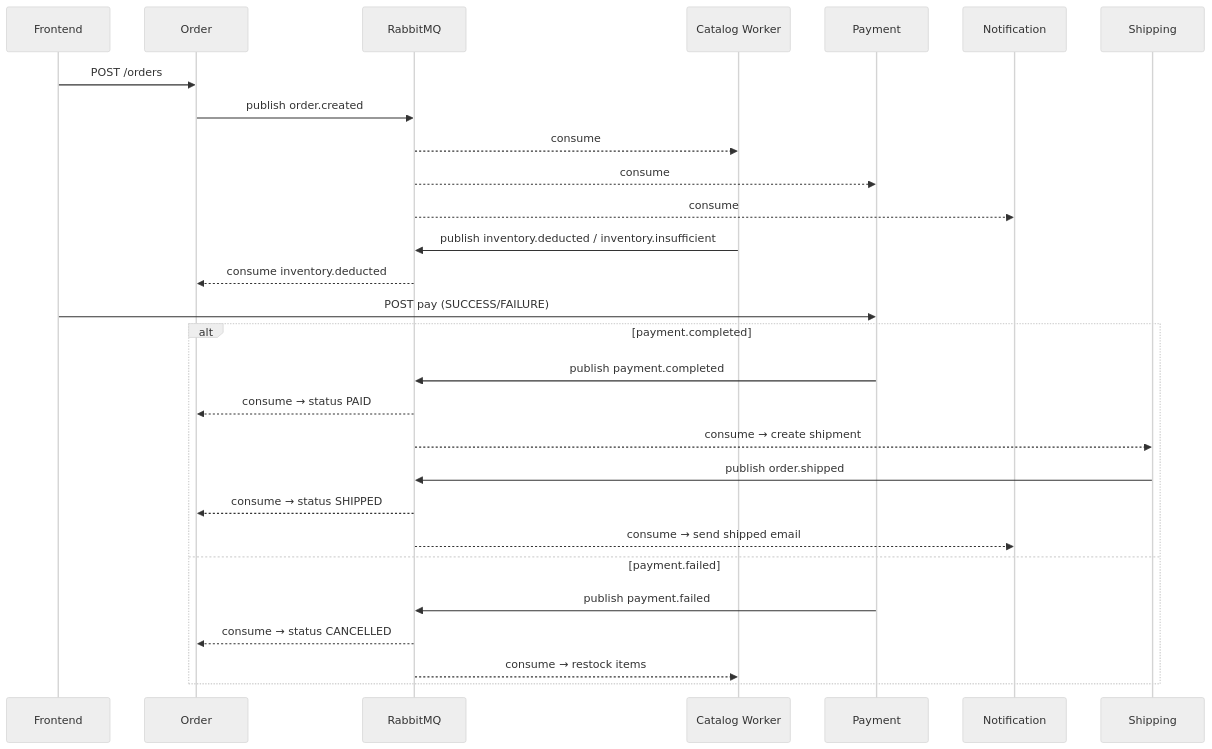
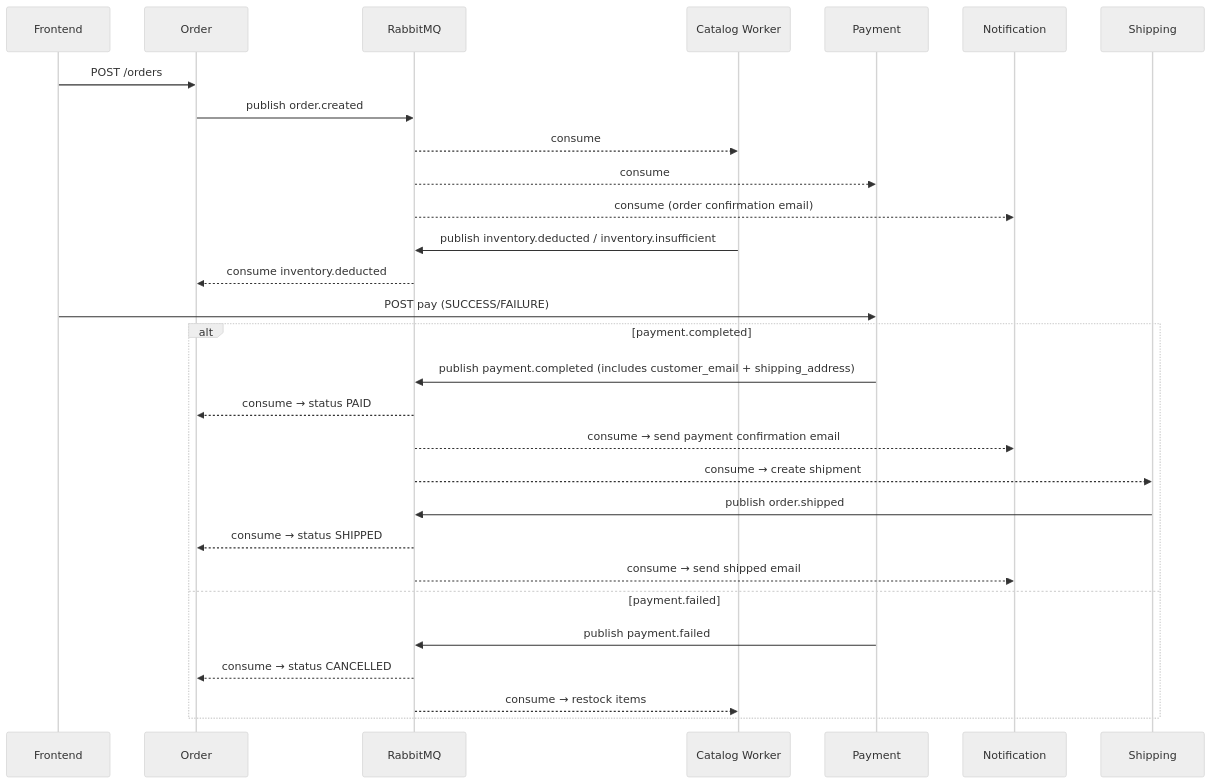
Before and after one commit to huynguyen1310/ecommerce-ddd: the diagram in ARCHITECTURE_UPDATE.md, drawn with Mermaid (neutral theme). The commit also changed other lines of this file and 4 other files, not shown here.

````diff
--- a/ARCHITECTURE_UPDATE.md
+++ b/ARCHITECTURE_UPDATE.md
@@ -81,31 +82,32 @@
 ```mermaid
 sequenceDiagram
   participant F as Frontend
   participant O as Order
   participant R as RabbitMQ
   participant C as Catalog Worker
   participant P as Payment
   participant N as Notification
   participant S as Shipping
 
   F->>O: POST /orders
   O->>R: publish order.created
   R-->>C: consume
   R-->>P: consume
-  R-->>N: consume
+  R-->>N: consume (order confirmation email)
   C->>R: publish inventory.deducted / inventory.insufficient
   R-->>O: consume inventory.deducted
   F->>P: POST pay (SUCCESS/FAILURE)
   alt payment.completed
-    P->>R: publish payment.completed
+    P->>R: publish payment.completed (includes customer_email + shipping_address)
     R-->>O: consume → status PAID
+    R-->>N: consume → send payment confirmation email
     R-->>S: consume → create shipment
     S->>R: publish order.shipped
     R-->>O: consume → status SHIPPED
     R-->>N: consume → send shipped email
   else payment.failed
     P->>R: publish payment.failed
     R-->>O: consume → status CANCELLED
     R-->>C: consume → restock items
   end
 ```
````
